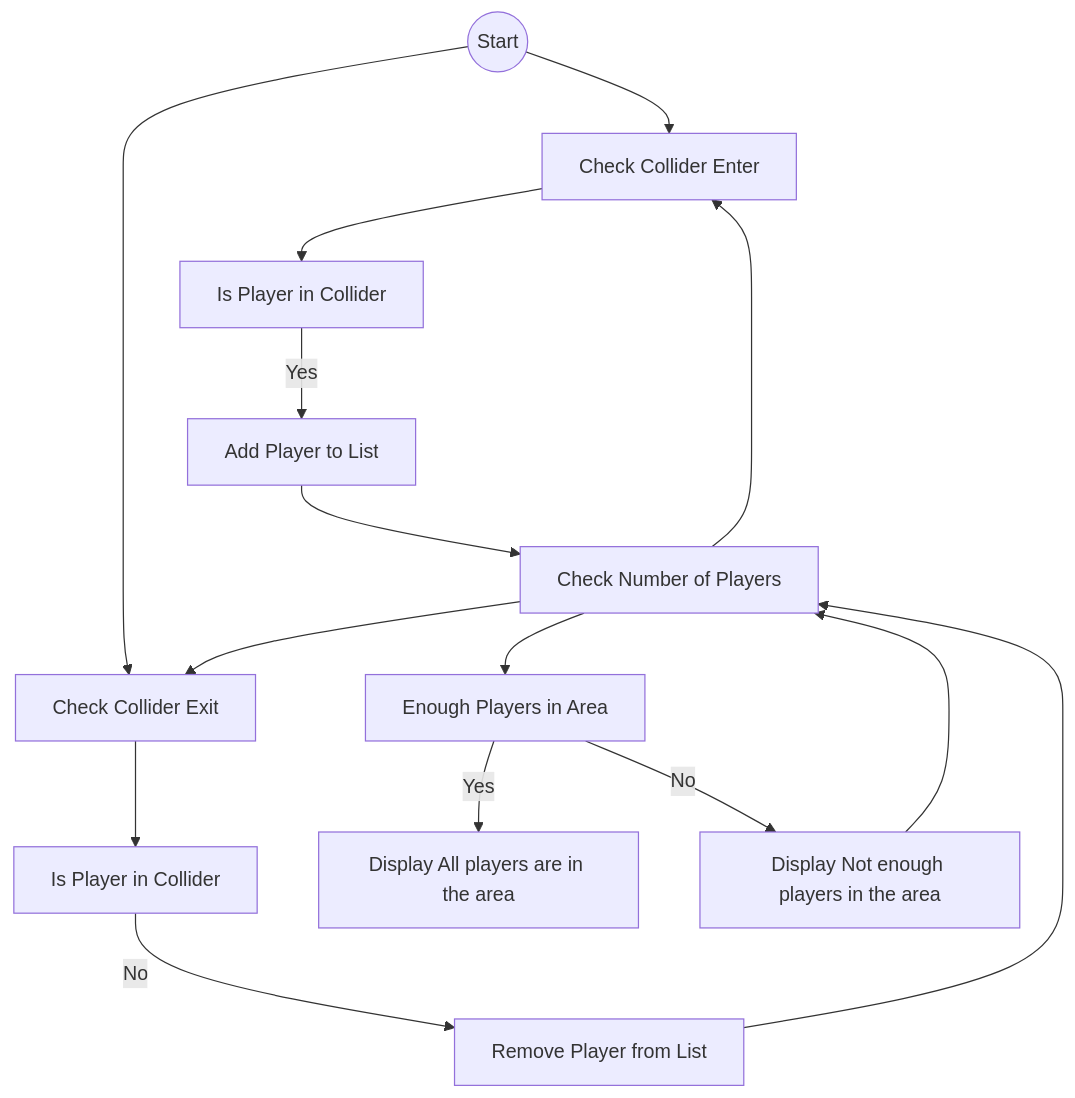
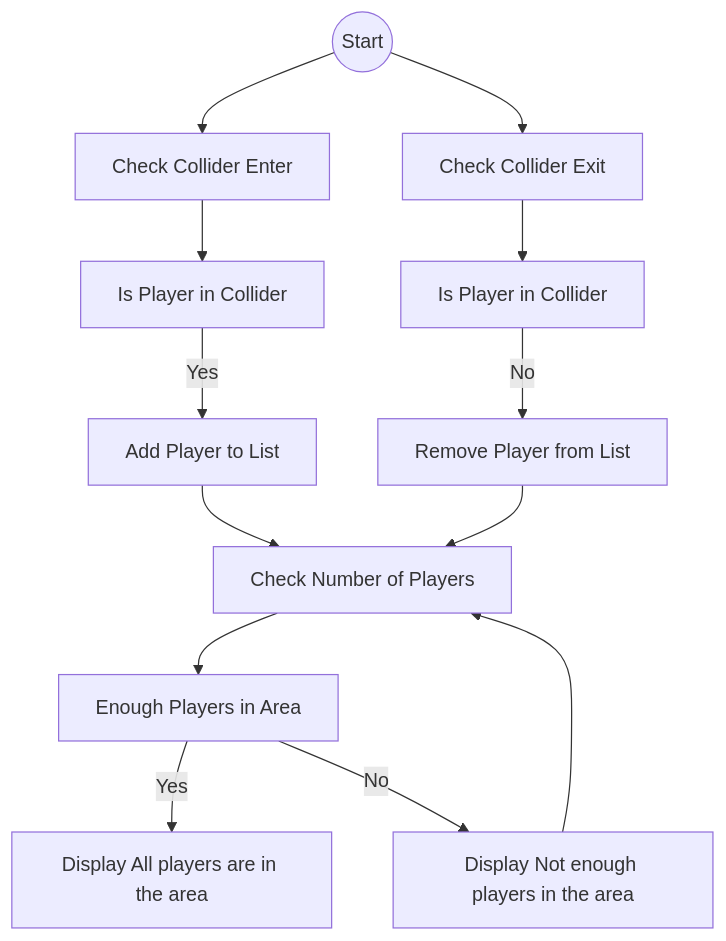
Before and after one commit to PAP0/Linx-Game: the third of 3 diagrams in README.md, drawn with Mermaid.

```diff
--- a/README.md
+++ b/README.md
@@ -104,31 +104,27 @@
 ~~~mermaid
 flowchart TD;
     A((Start))
     B[Check Collider Enter]
     C[Is Player in Collider]
     D[Add Player to List]
     E[Check Collider Exit]
     F[Is Player in Collider]
     G[Remove Player from List]
     H[Check Number of Players]
     I[Enough Players in Area]
     J[Display All players are in the area]
     K[Display Not enough players in the area]
     
     A --> B
     A --> E
     B --> C
     C -- Yes --> D
     D --> H
     E --> F
     F -- No --> G
     G --> H
     H --> I
-    H --> B
-    H --> E
     I -- Yes --> J
     I -- No --> K
     K --> H
-   
-    
 ~~~
```
